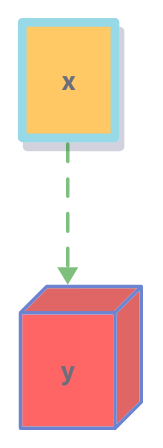
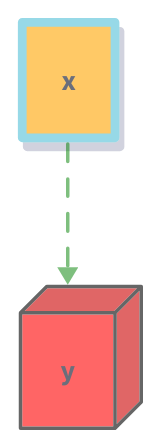
The diagram in static/d2/styles-1.d2 (terrastruct/d2-docs), drawn with D2 before and after one commit. The commit also changed 3 other files, not shown here.

```diff
--- a/static/d2/styles-1.d2
+++ b/static/d2/styles-1.d2
@@ -1,26 +1,27 @@
 x: {
   style: {
     opacity: 0.6
     fill: orange
     stroke: "#53C0D8"
     stroke-width: 5
     shadow: true
   }
 }
 
 y: {
   style: {
     opacity: 0.6
     fill: red
     3d: true
+    stroke: black
   }
 }
 
 x -> y: {
   style: {
     stroke: green
     opacity: 0.5
     stroke-width: 2
     stroke-dash: 5
   }
 }
```
